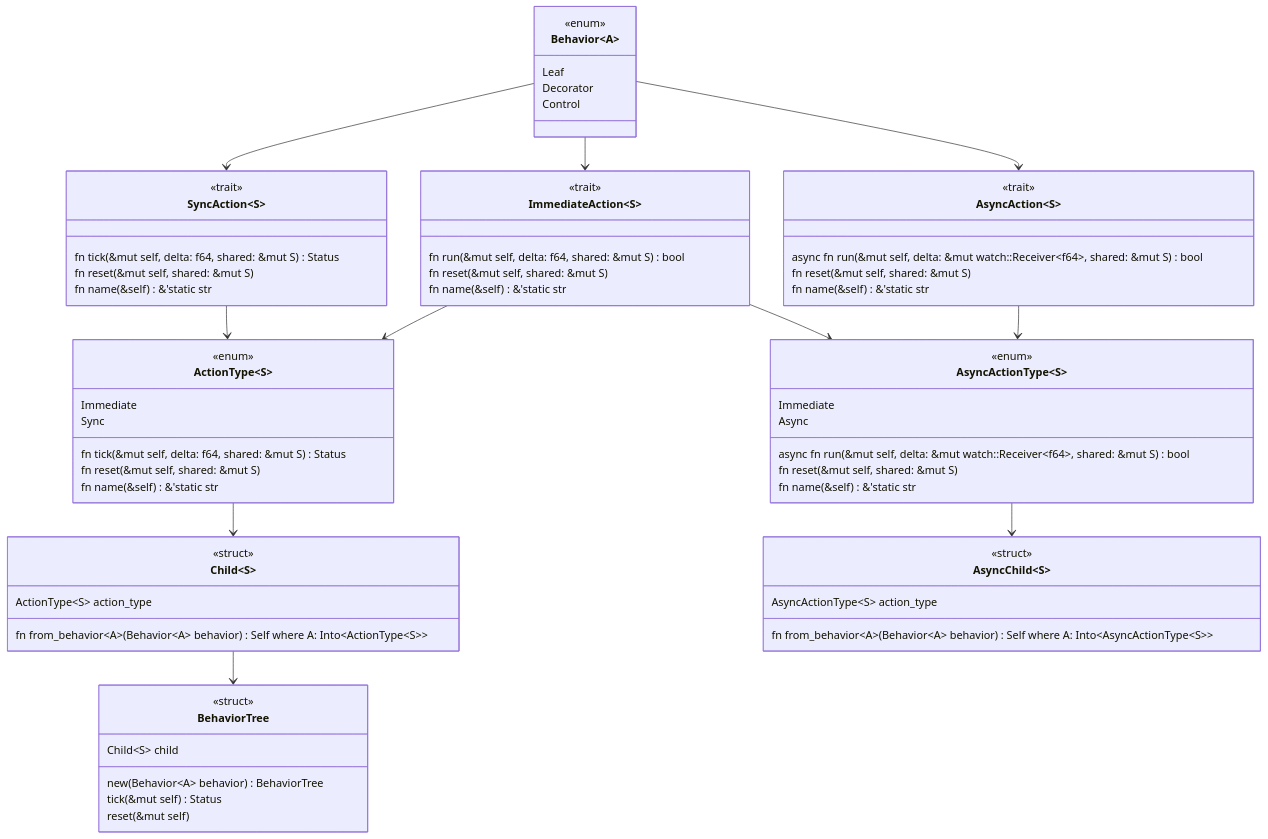
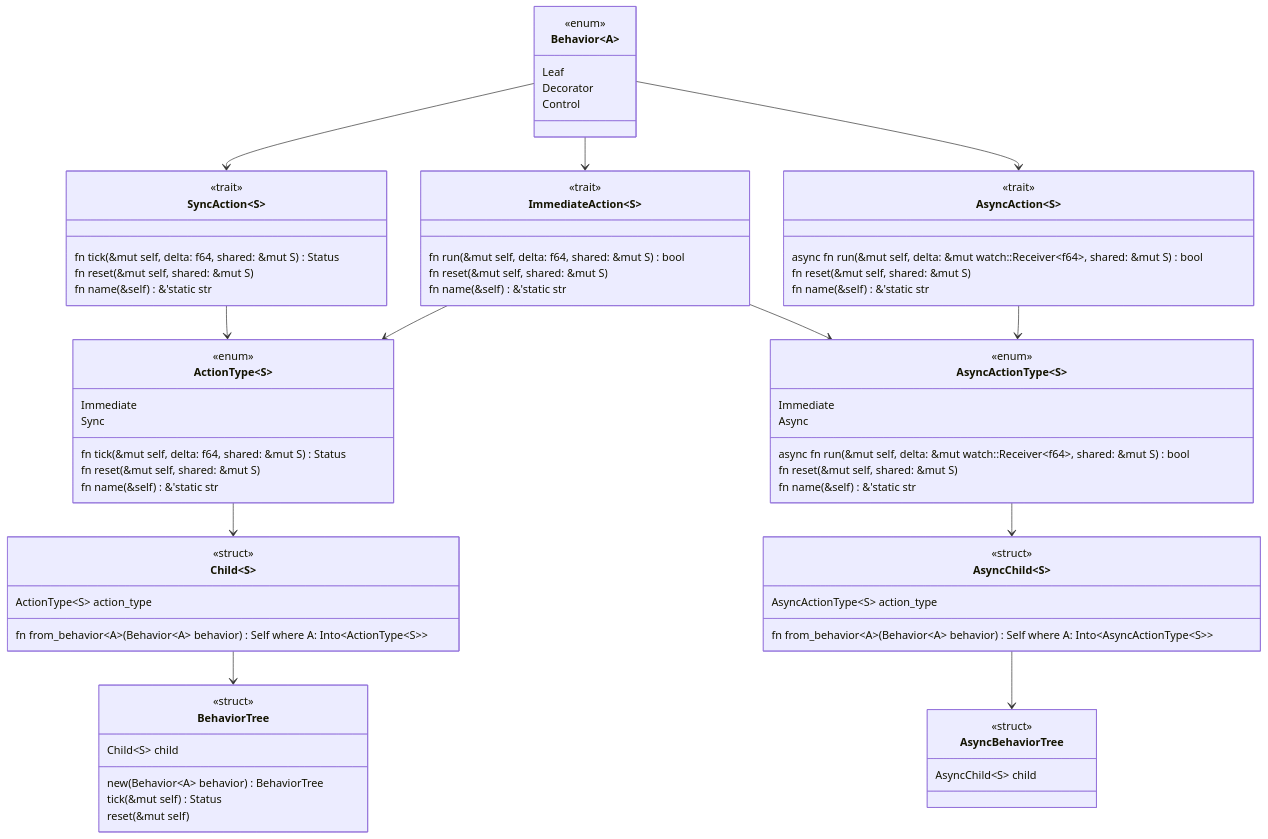
Before and after one commit to coder137/behaviortree-rs: the diagram in README.md, drawn with Mermaid. The commit also changed other lines of this file, not shown here.

````diff
--- a/README.md
+++ b/README.md
@@ -74,6 +74,11 @@
     reset(&mut self)
 }
 
+class AsyncBehaviorTree {
+    <<struct>>
+    AsyncChild~S~ child
+}
+
 Behavior --> ImmediateAction
 Behavior --> SyncAction
 Behavior --> AsyncAction
@@ -87,4 +92,5 @@
 Child --> BehaviorTree
 
 AsyncActionType --> AsyncChild
+AsyncChild --> AsyncBehaviorTree
 ```
````
